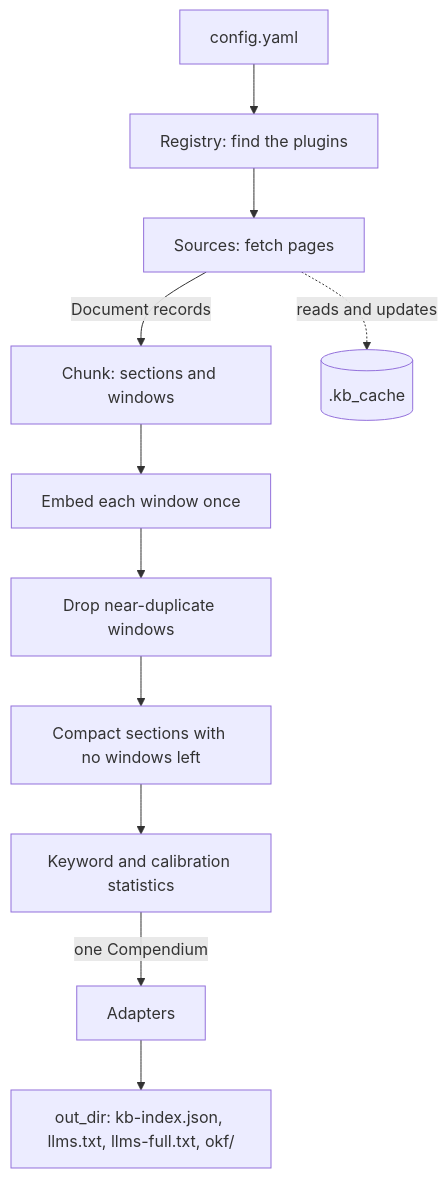
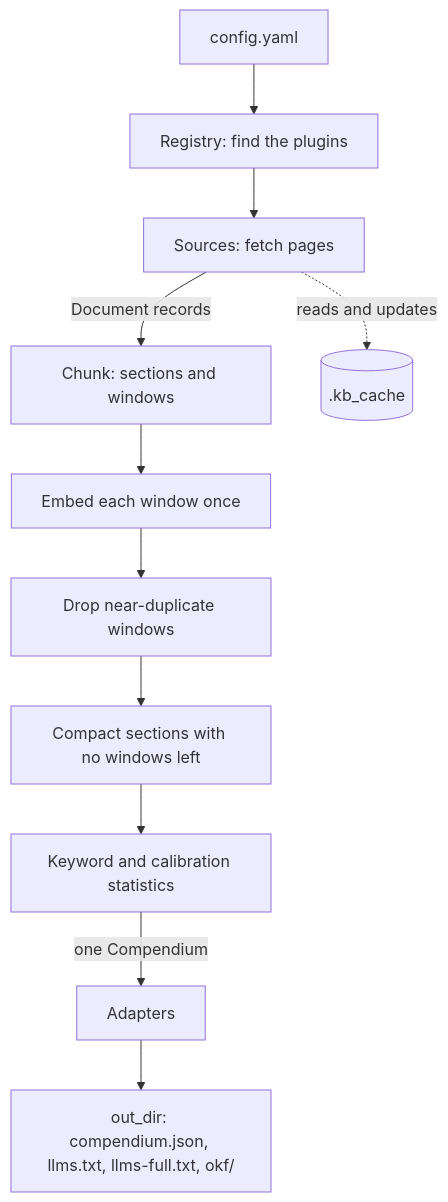
Before and after one commit to DepressionCenter/extractium: the diagram in docs/data-flow.md, drawn with Mermaid. The commit also changed 27 other files, not shown here.

````diff
--- a/docs/data-flow.md
+++ b/docs/data-flow.md
@@ -41,13 +41,13 @@
 ```mermaid
 flowchart TD
     A[config.yaml] --> B[Registry: find the plugins]
     B --> C[Sources: fetch pages]
     C -->|Document records| D[Chunk: sections and windows]
     D --> E[Embed each window once]
     E --> F[Drop near-duplicate windows]
     F --> G[Compact sections with no windows left]
     G --> H[Keyword and calibration statistics]
     H -->|one Compendium| I[Adapters]
-    I --> J[out_dir: kb-index.json, llms.txt, llms-full.txt, okf/]
+    I --> J[out_dir: compendium.json, llms.txt, llms-full.txt, okf/]
     C -.reads and updates.-> K[(.kb_cache)]
 ```
````
